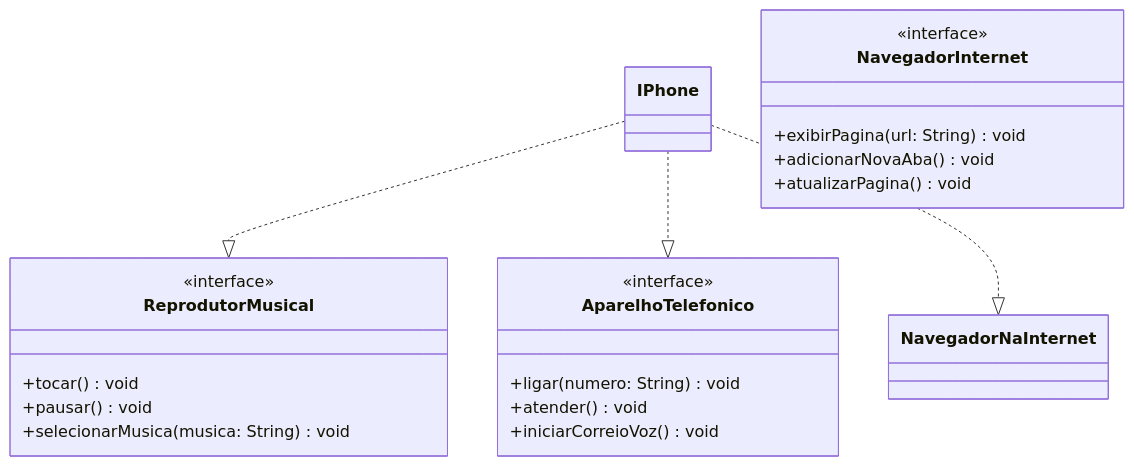
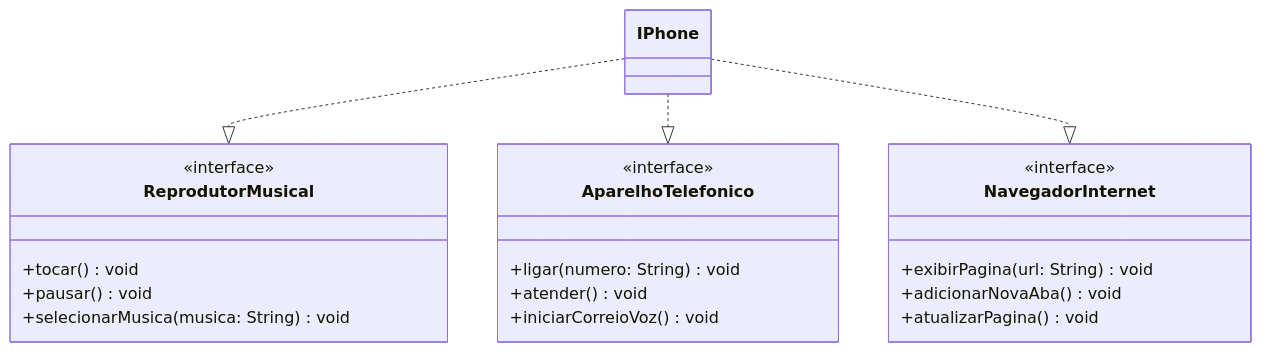
Before and after one commit to HeberFHLemes/desafio-uml-iphone: the diagram in README.md, drawn with Mermaid.

````diff
--- a/README.md
+++ b/README.md
@@ -6,27 +6,27 @@
 ```mermaid
 classDiagram
 direction TB
     class IPhone {
     }
     class ReprodutorMusical {
 	    +tocar() void
 	    +pausar() void
 	    +selecionarMusica(musica: String) void
     }
     class AparelhoTelefonico {
 	    +ligar(numero: String) void
 	    +atender() void
 	    +iniciarCorreioVoz() void
     }
     class NavegadorInternet {
 	    +exibirPagina(url: String) void
 	    +adicionarNovaAba() void
 	    +atualizarPagina() void
     }
     <<interface>> ReprodutorMusical
     <<interface>> AparelhoTelefonico
     <<interface>> NavegadorInternet
     IPhone ..|> ReprodutorMusical
     IPhone ..|> AparelhoTelefonico
-    IPhone ..|> NavegadorNaInternet
+    IPhone ..|> NavegadorInternet
 ```
````
